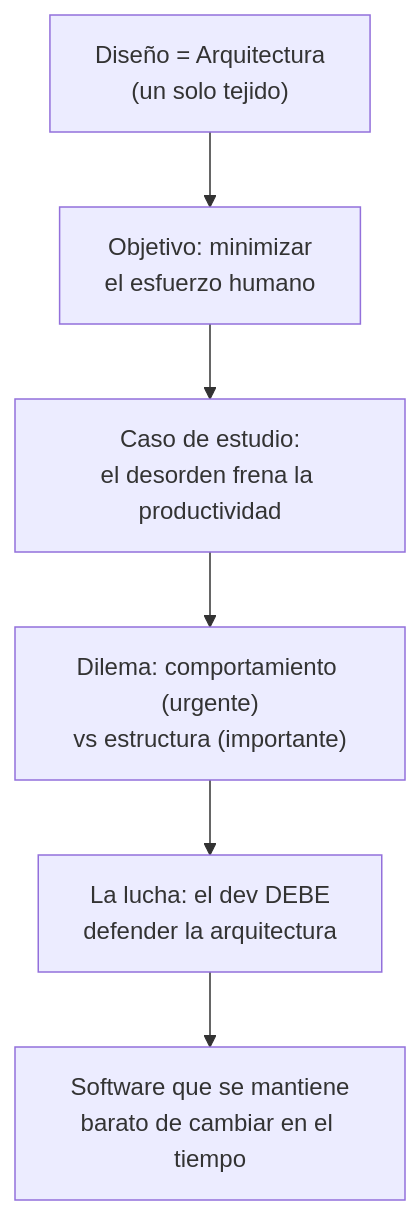
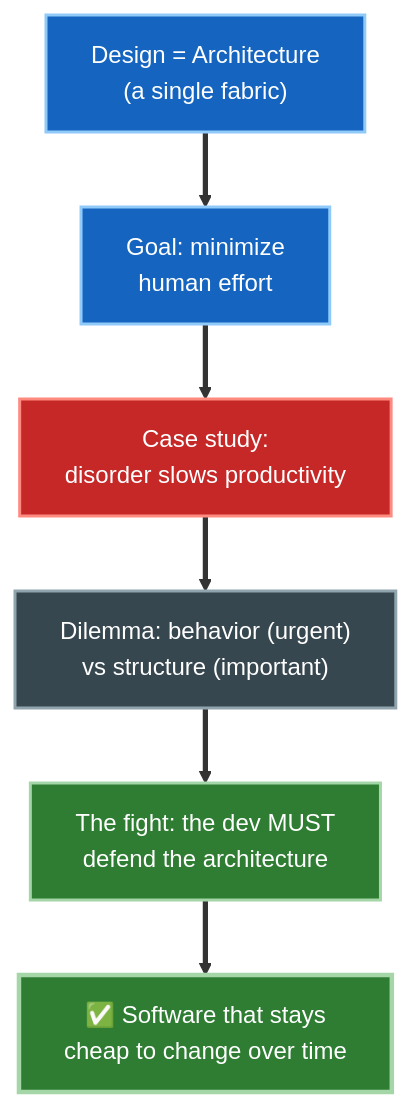
One commit to JavierMachucaA/clean-architecture-guia changed the fifth of 5 diagrams in 01-introduccion-y-vision-general/05-la-lucha-por-la-arquitectura.md. Above: the diagram before and after it, drawn with Mermaid. The commit also changed other lines of this file and 45 other files, not shown here.

````diff
--- a/01-introduccion-y-vision-general/05-la-lucha-por-la-arquitectura.md
+++ b/01-introduccion-y-vision-general/05-la-lucha-por-la-arquitectura.md
@@ -80,8 +101,15 @@
 ```mermaid
 flowchart TD
-    T1["Diseño = Arquitectura<br/>(un solo tejido)"] --> T2["Objetivo: minimizar<br/>el esfuerzo humano"]
-    T2 --> T3["Caso de estudio:<br/>el desorden frena la productividad"]
-    T3 --> T4["Dilema: comportamiento (urgente)<br/>vs estructura (importante)"]
-    T4 --> T5["La lucha: el dev DEBE<br/>defender la arquitectura"]
-    T5 --> R["Software que se mantiene<br/>barato de cambiar en el tiempo"]
+    T1["Design = Architecture<br/>(a single fabric)"] ==> T2["Goal: minimize<br/>human effort"]
+    T2 ==> T3["Case study:<br/>disorder slows productivity"]
+    T3 ==> T4["Dilemma: behavior (urgent)<br/>vs structure (important)"]
+    T4 ==> T5["The fight: the dev MUST<br/>defend the architecture"]
+    T5 ==> R["✅ Software that stays<br/>cheap to change over time"]
+
+    style T1 fill:#1565c0,stroke:#90caf9,color:#fff,stroke-width:2px
+    style T2 fill:#1565c0,stroke:#90caf9,color:#fff,stroke-width:2px
+    style T3 fill:#c62828,stroke:#ff8a80,color:#fff,stroke-width:2px
+    style T4 fill:#37474f,stroke:#90a4ae,color:#fff,stroke-width:2px
+    style T5 fill:#2e7d32,stroke:#a5d6a7,color:#fff,stroke-width:2px
+    style R fill:#2e7d32,stroke:#a5d6a7,color:#fff,stroke-width:3px
 ```
````
